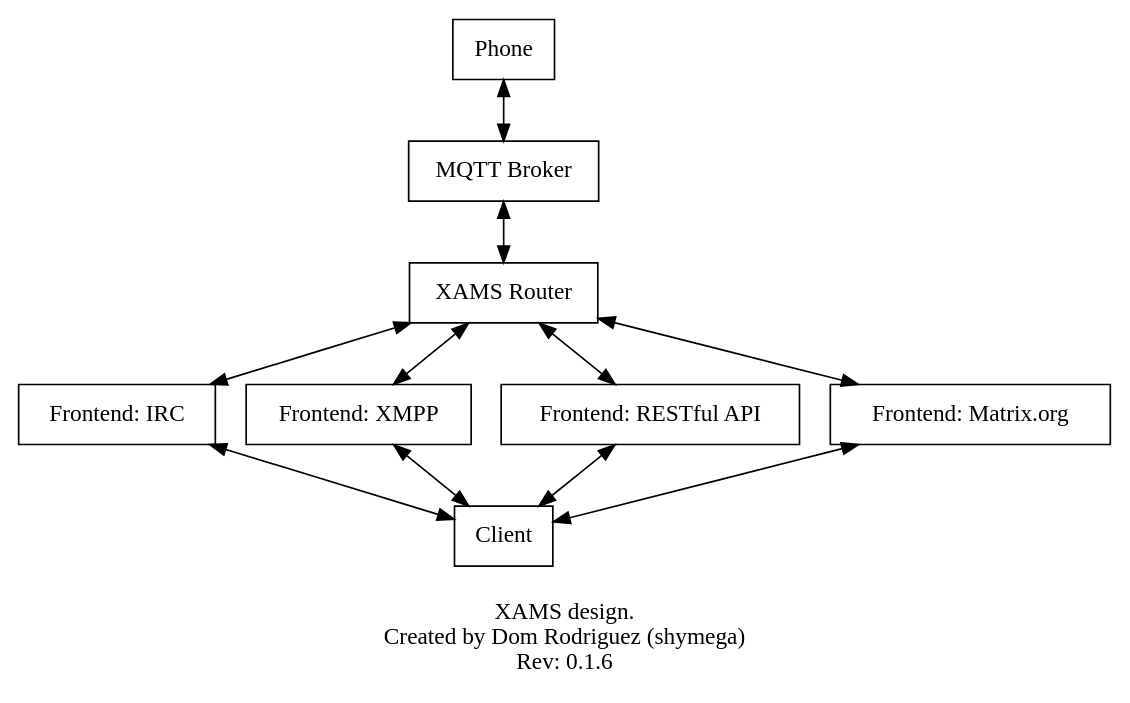
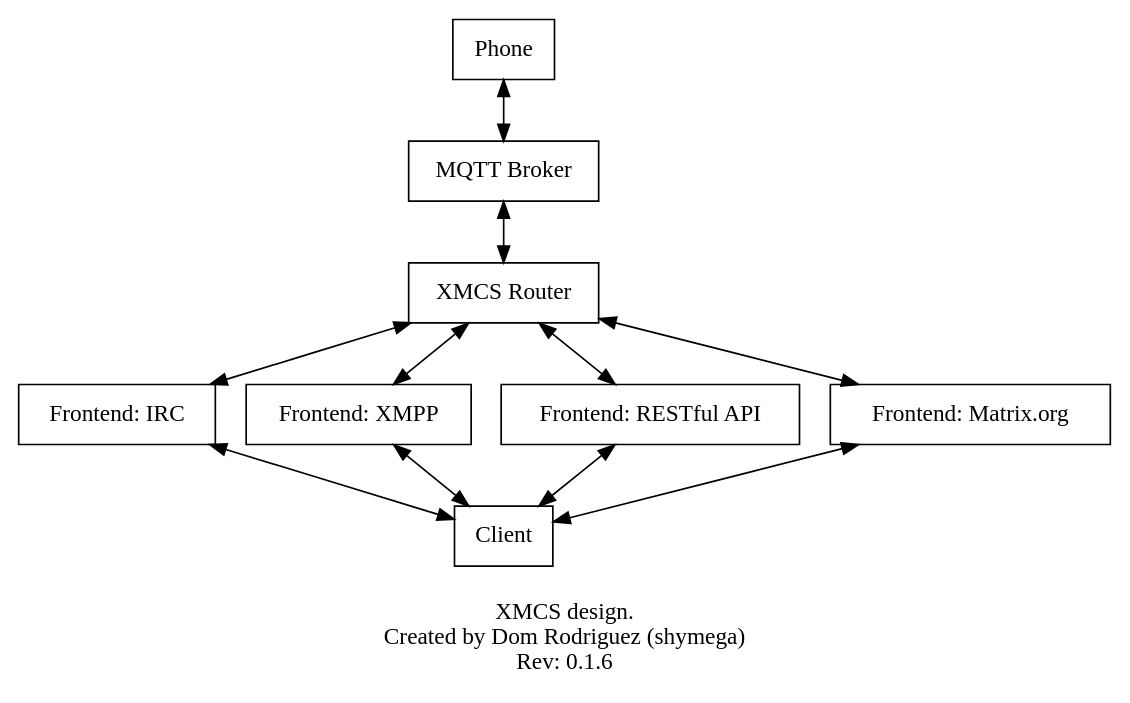
One commit to XAMS-Project/XAMS changed the diagram in doc/diagrams/router.dot. Above: the diagram before and after it, drawn with Graphviz. The commit also changed 4 other files, not shown here.

```diff
--- a/doc/diagrams/router.dot
+++ b/doc/diagrams/router.dot
@@ -1,23 +1,23 @@
 digraph Router {
     node [shape=record];
     
     phone0 [label="Phone"];
 
     broker [label="MQTT Broker"];
-    router [label="XAMS Router"];
+    router [label="XMCS Router"];
 
     frt_irc [label="Frontend: IRC"];
     frt_xmpp [label="Frontend: XMPP"];
     frt_rest [label="Frontend: RESTful API"];
     frt_matrix [label="Frontend: Matrix.org"];
 
     phone0 -> broker -> router [dir="both"];
 
     router -> {frt_irc,frt_xmpp,frt_rest,frt_matrix} [dir="both"];
 
     client0 [label="Client"];
 
     {frt_irc,frt_xmpp,frt_rest,frt_matrix} -> client0 [dir="both"];
 
-    label = "\nXAMS design.\nCreated by Dom Rodriguez (shymega)\nRev: 0.1.6"
+    label = "\nXMCS design.\nCreated by Dom Rodriguez (shymega)\nRev: 0.1.6"
 }
```
